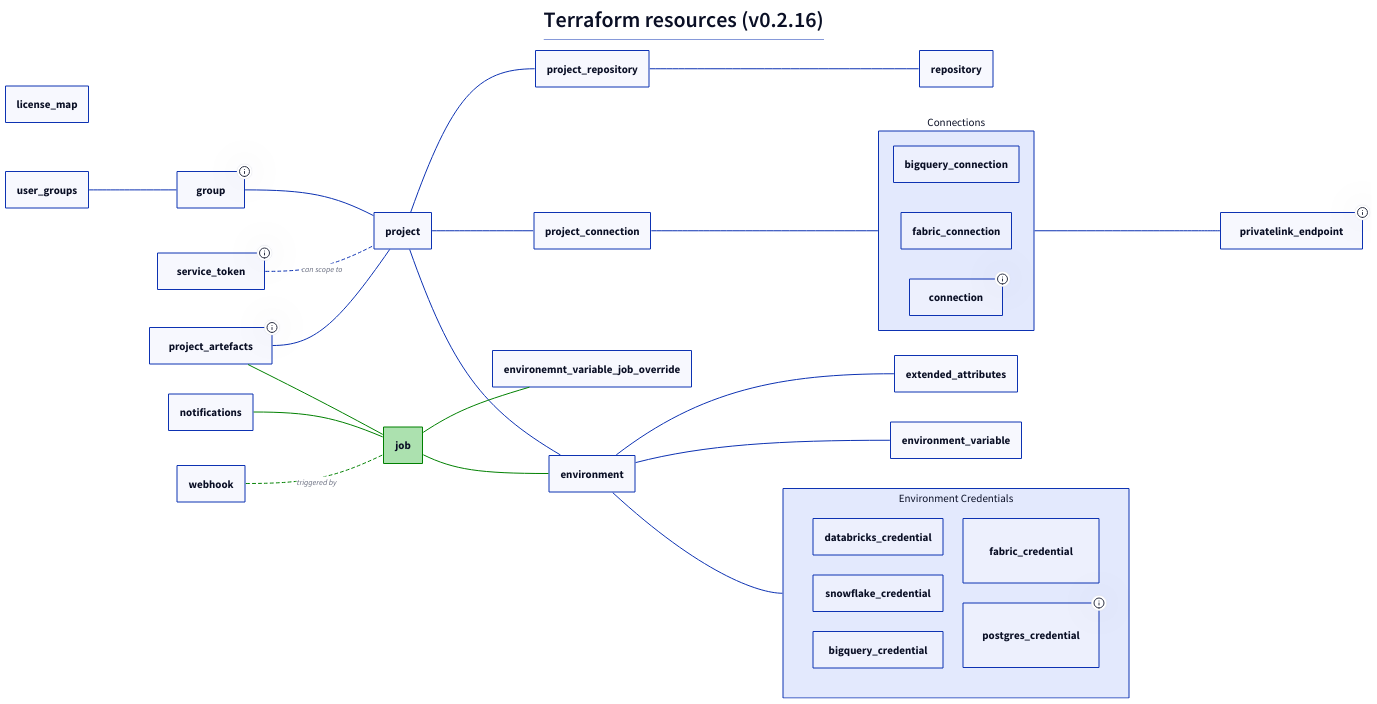
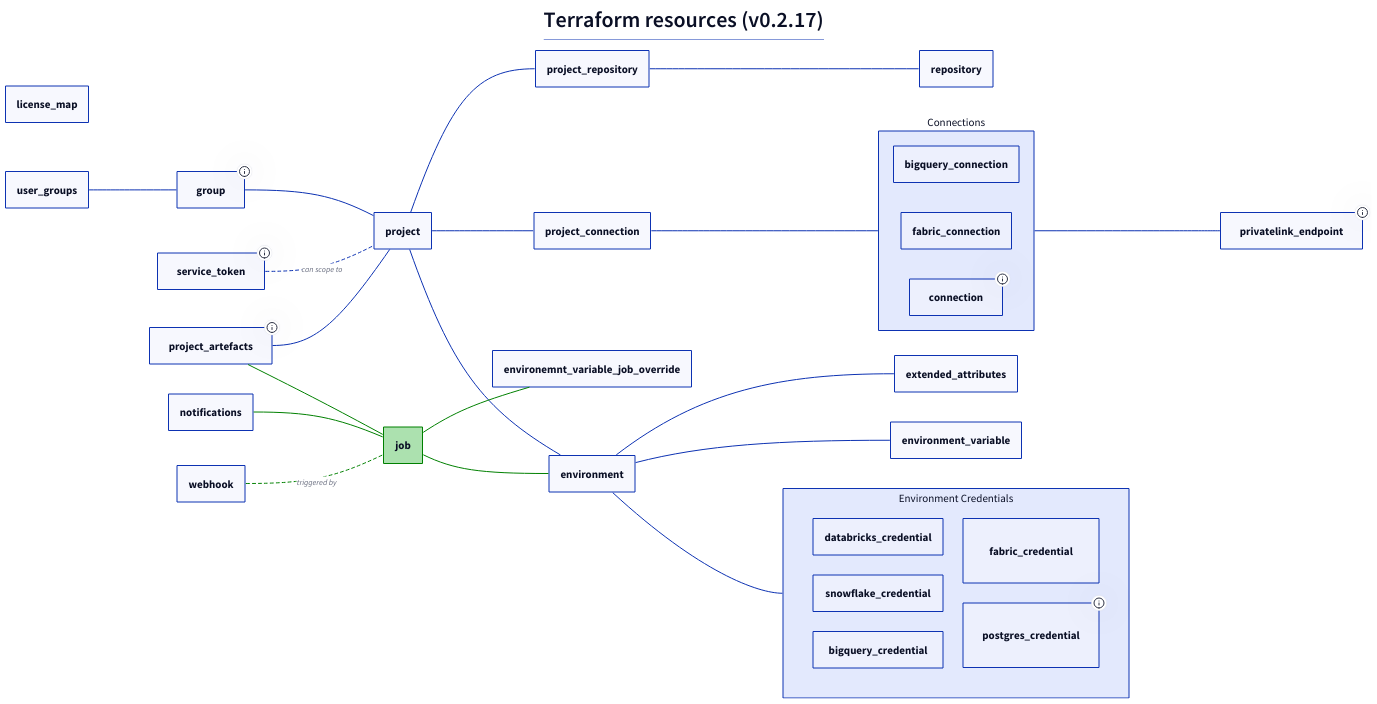
One commit to dbt-labs/terraform-provider-dbtcloud changed the diagram in terraform_resources.d2. Above: the diagram before and after it, drawn with D2. The commit also changed 1 other file, not shown here.

Commit message:
Update version on diagram

```diff
--- a/terraform_resources.d2
+++ b/terraform_resources.d2
@@ -1,68 +1,68 @@
 *.style.font-size: 22
 *.*.style.font-size: 22
 
 title: |md
-  # Terraform resources (v0.2.16)
+  # Terraform resources (v0.2.17)
 | {near: top-center}
 
 direction: right
 
 
 license_map
 
 privatelink_endpoint: {tooltip: Datasource only}
 group: {tooltip: Group permissions as well}
 service_token: {tooltip: Permissions as well}
 project_artefacts: {tooltip: For setting the project docs and source freshness}
 job: {
   style: {
     fill: "#ACE1AF"
     stroke: green
   }
 }
 
 conns: Connections {
   bigquery_connection
   fabric_connection
   connection: {tooltip: Works for Snowflake, Redshift, Postgres and Databricks}
 }
 
 env_creds: Environment Credentials {
   grid-columns: 2
   databricks_credential
   snowflake_credential
   bigquery_credential
   fabric_credential
   postgres_credential: {tooltip: Is used for Redshift as well}
 }
 
 service_token -- project: can scope to {
   style: {
     stroke-dash: 3
   }
 }
 group -- project
 user_groups -- group
 project -- environment
 job -- environment
 job -- environemnt_variable_job_override
 notifications -- job
 project_artefacts -- job
 
 project_artefacts -- project
 webhook -- job: triggered by {
   style: {
     stroke-dash: 3
   }
 }
 environment -- env_creds
 project -- project_connection
 project_connection -- conns
 conns -- privatelink_endpoint
 project -- project_repository
 project_repository -- repository
 environment -- environment_variable
 environment -- extended_attributes
 
 (job -- *)[*].style.stroke: green
 (* -- job)[*].style.stroke: green
```
